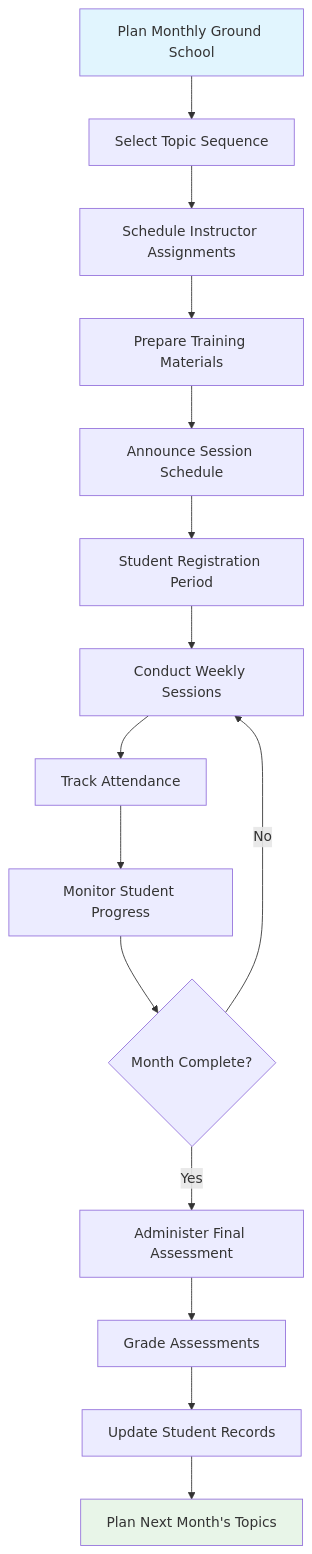
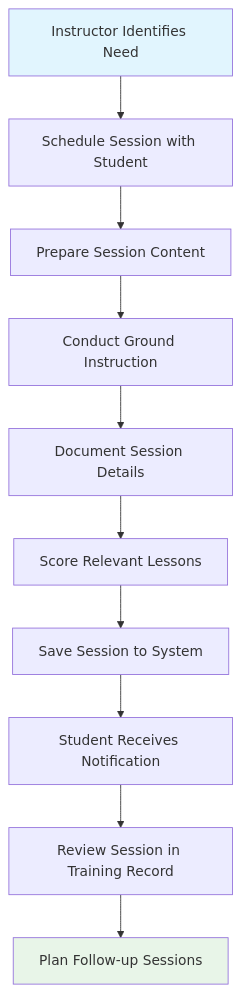
The ninth of 11 diagrams in docs/workflows/08-ground-instruction.md (pietbarber/Manage2Soar), drawn with Mermaid before and after one commit. The commit also changed other lines of this file and 2 other files, not shown here.

Commit message:
removed fibs about charging for instructon (ground and flight). Removed one ERD entry.

````diff
--- a/docs/workflows/08-ground-instruction.md
+++ b/docs/workflows/08-ground-instruction.md
@@ -310,23 +244,17 @@
 ```mermaid
 flowchart TD
-    A[Plan Monthly Ground School] --> B[Select Topic Sequence]
-    B --> C[Schedule Instructor Assignments]
-    C --> D[Prepare Training Materials]
-    D --> E[Announce Session Schedule]
+    A[Instructor Identifies Need] --> B[Schedule Session with Student]
+    B --> C[Prepare Session Content]
+    C --> D[Conduct Ground Instruction]
     
-    E --> F[Student Registration Period]
-    F --> G[Conduct Weekly Sessions]
-    G --> H[Track Attendance]
-    H --> I[Monitor Student Progress]
+    D --> E[Document Session Details]
+    E --> F[Score Relevant Lessons]
+    F --> G[Save Session to System]
+    G --> H[Student Receives Notification]
     
-    I --> J{Month Complete?}
-    J -->|No| G
-    J -->|Yes| K[Administer Final Assessment]
-    
-    K --> L[Grade Assessments]
-    L --> M[Update Student Records]
-    M --> N[Plan Next Month's Topics]
+    H --> I[Review Session in Training Record]
+    I --> J[Plan Follow-up Sessions]
     
     style A fill:#e1f5fe
-    style N fill:#e8f5e8
+    style J fill:#e8f5e8
 ```
````
